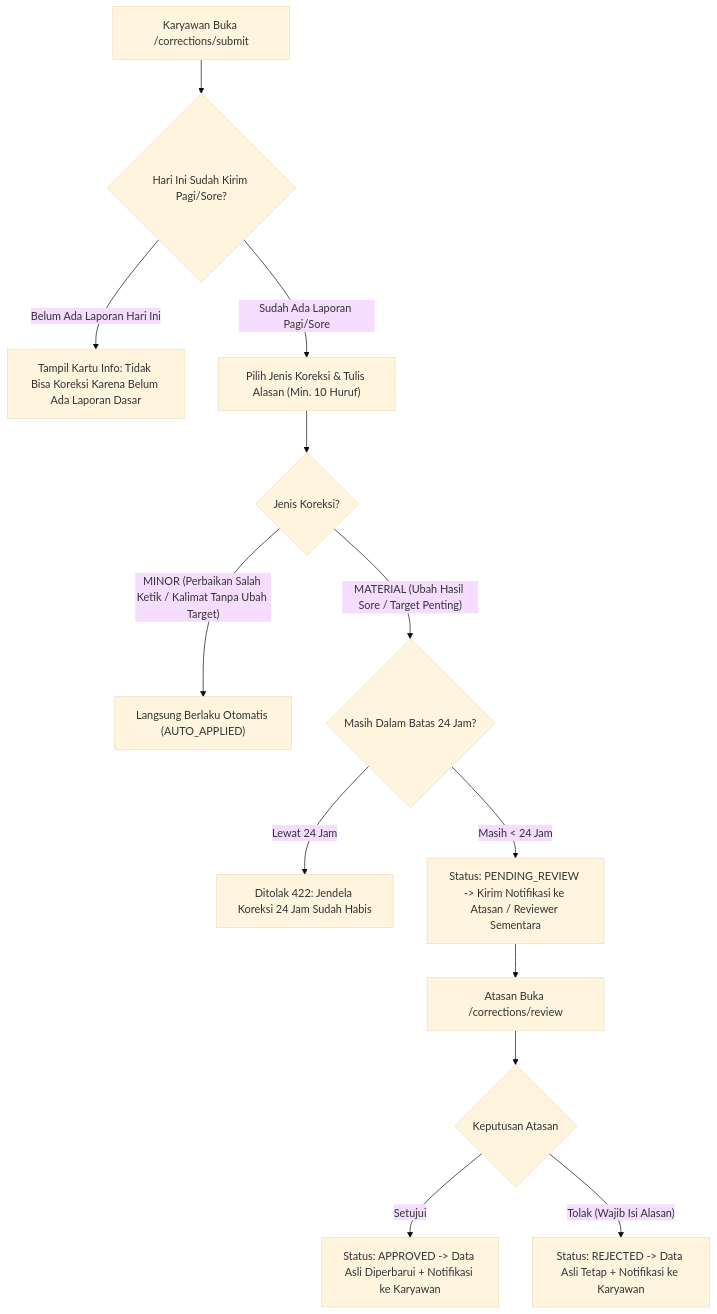
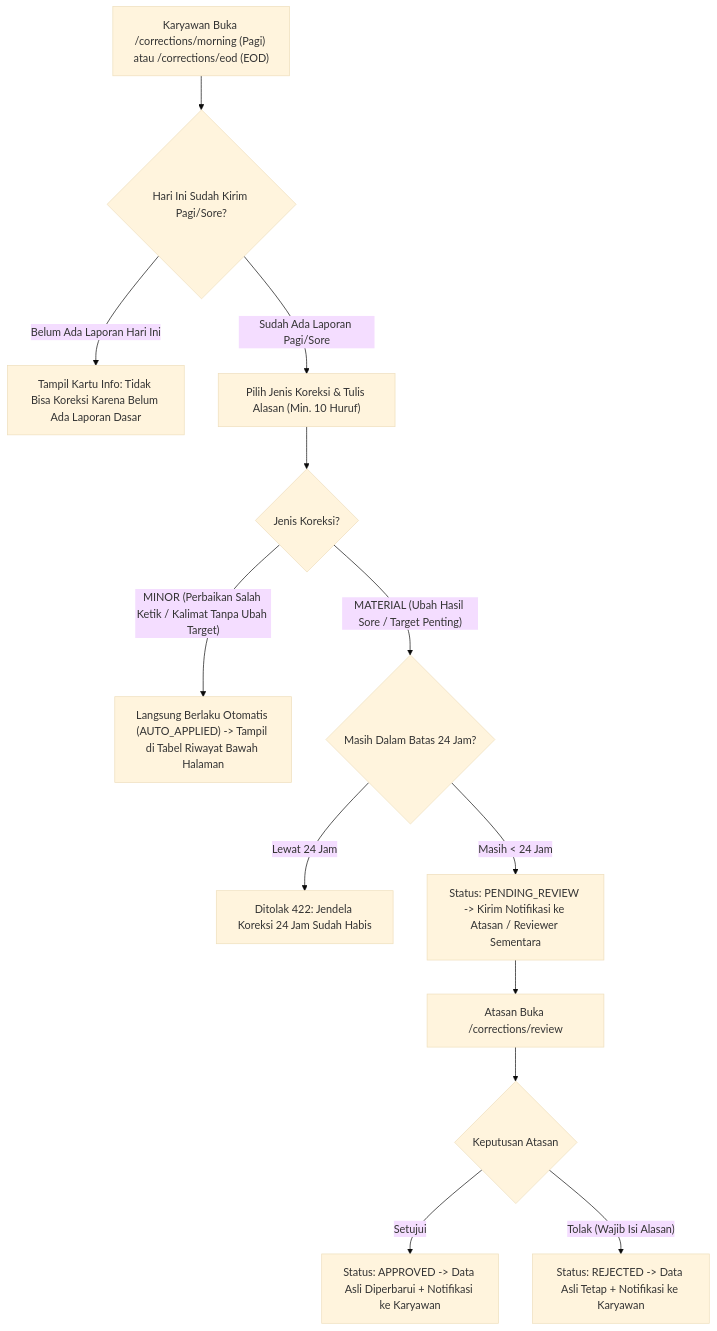
Before and after one commit to harrymx1/Dutamedia-WorkPulse: the fourth of 8 diagrams in UAT/Dokumen-Induk-Alur-dan-Kondisi-Sistem.md, drawn with Mermaid (base theme). The commit also changed other lines of this file and 1 other file, not shown here.

````diff
--- a/UAT/Dokumen-Induk-Alur-dan-Kondisi-Sistem.md
+++ b/UAT/Dokumen-Induk-Alur-dan-Kondisi-Sistem.md
@@ -715,15 +733,15 @@
 ```mermaid
 flowchart TD
-    A["Karyawan Buka /corrections/submit"] --> B{"Hari Ini Sudah Kirim Pagi/Sore?"}
+    A["Karyawan Buka /corrections/morning (Pagi) atau /corrections/eod (EOD)"] --> B{"Hari Ini Sudah Kirim Pagi/Sore?"}
     B -- "Belum Ada Laporan Hari Ini" --> B1["Tampil Kartu Info: Tidak Bisa Koreksi Karena Belum Ada Laporan Dasar"]
     B -- "Sudah Ada Laporan Pagi/Sore" --> C["Pilih Jenis Koreksi & Tulis Alasan (Min. 10 Huruf)"]
     C --> D{"Jenis Koreksi?"}
-    D -- "MINOR (Perbaikan Salah Ketik / Kalimat Tanpa Ubah Target)" --> E["Langsung Berlaku Otomatis (AUTO_APPLIED)"]
+    D -- "MINOR (Perbaikan Salah Ketik / Kalimat Tanpa Ubah Target)" --> E["Langsung Berlaku Otomatis (AUTO_APPLIED) -> Tampil di Tabel Riwayat Bawah Halaman"]
     D -- "MATERIAL (Ubah Hasil Sore / Target Penting)" --> F{"Masih Dalam Batas 24 Jam?"}
     F -- "Lewat 24 Jam" --> F1["Ditolak 422: Jendela Koreksi 24 Jam Sudah Habis"]
     F -- "Masih < 24 Jam" --> G["Status: PENDING_REVIEW -> Kirim Notifikasi ke Atasan / Reviewer Sementara"]
     G --> H["Atasan Buka /corrections/review"]
     H --> I{"Keputusan Atasan"}
     I -- "Setujui" --> J["Status: APPROVED -> Data Asli Diperbarui + Notifikasi ke Karyawan"]
     I -- "Tolak (Wajib Isi Alasan)" --> K["Status: REJECTED -> Data Asli Tetap + Notifikasi ke Karyawan"]
 ```
````
